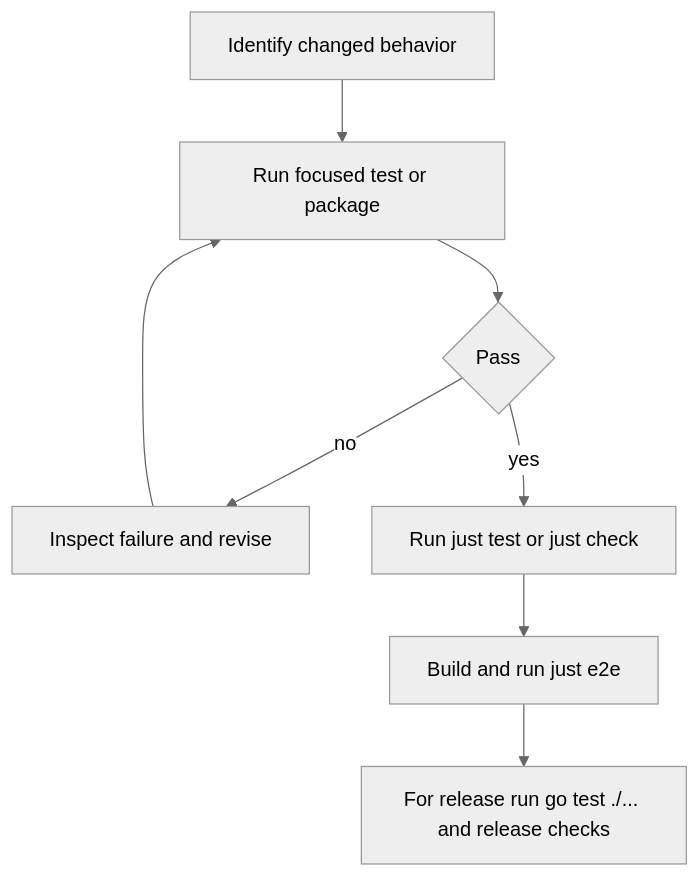
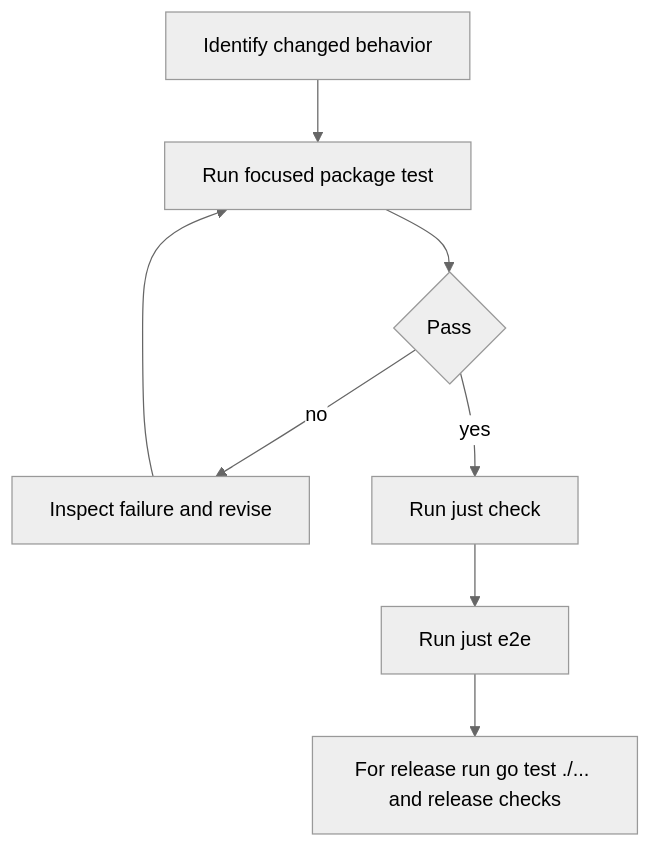
One commit to nicksenap/grove changed the first of 3 diagrams in openwiki/testing.md. Above: the diagram before and after it, drawn with Mermaid (neutral theme). The commit also changed other lines of this file and 21 other files, not shown here.

````diff
--- a/openwiki/testing.md
+++ b/openwiki/testing.md
@@ -55,10 +51,10 @@
 ```mermaid
 flowchart TD
-    changed["Identify changed behavior"] --> focused["Run focused test or package"]
+    changed["Identify changed behavior"] --> focused["Run focused package test"]
     focused --> pass1{"Pass"}
     pass1 -->|"no"| fix["Inspect failure and revise"]
     fix --> focused
-    pass1 -->|"yes"| packages["Run just test or just check"]
-    packages --> e2e["Build and run just e2e"]
+    pass1 -->|"yes"| check["Run just check"]
+    check --> e2e["Run just e2e"]
     e2e --> release["For release run go test ./... and release checks"]
 ```
````
